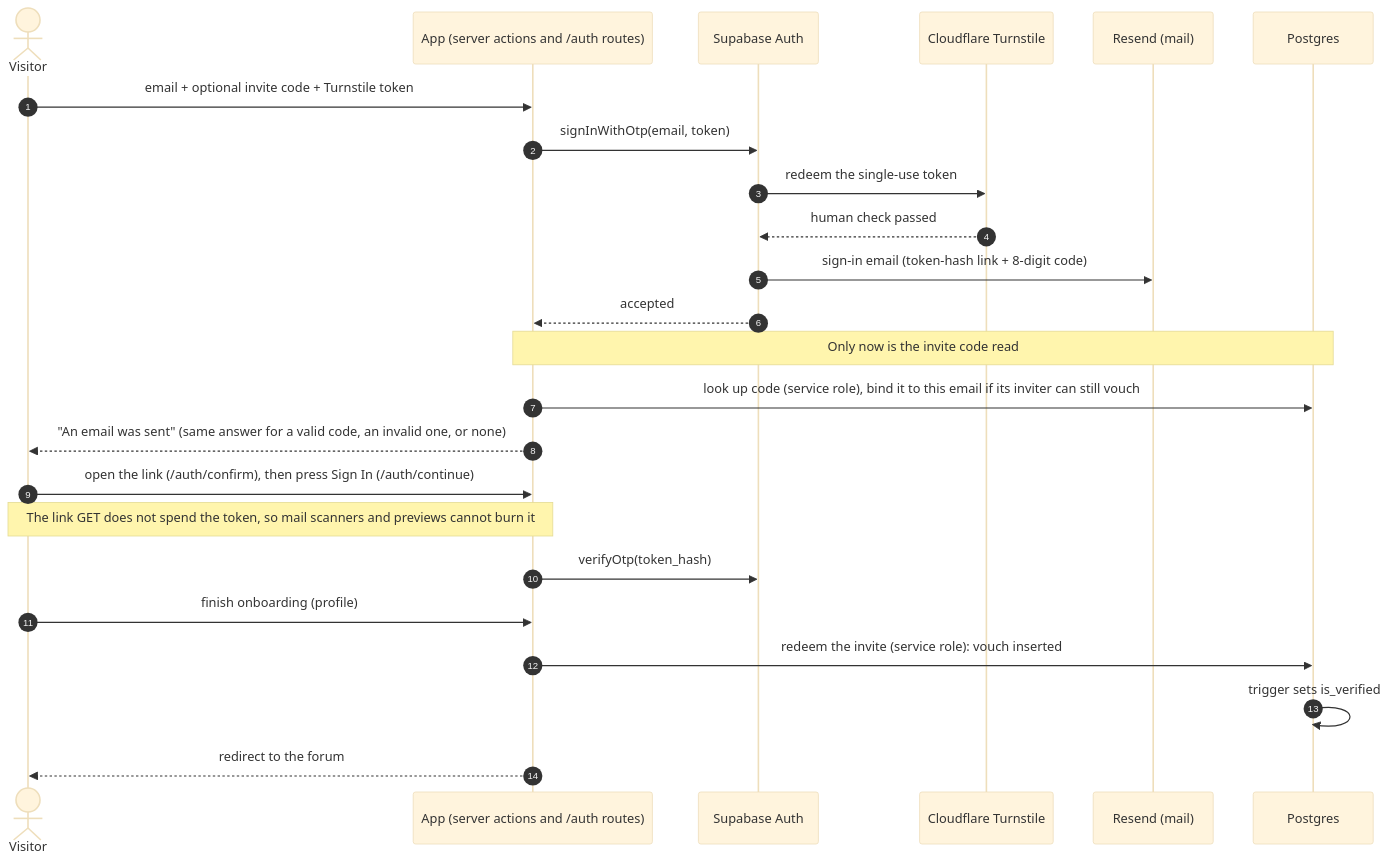
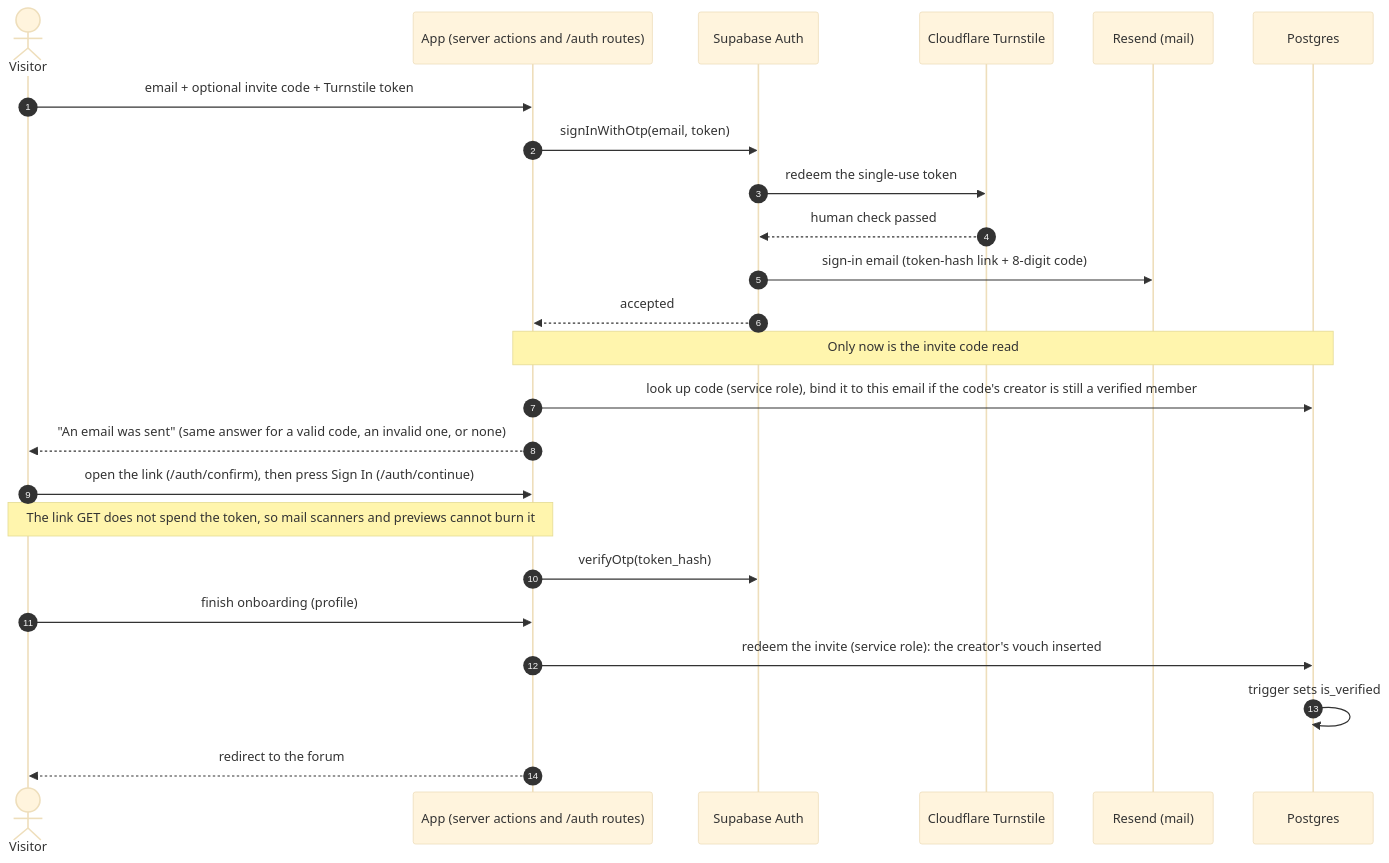
The second of 5 diagrams in docs/architecture.md (AIJSAI/on-the-lees-showcase), drawn with Mermaid (base theme) before and after one commit. The commit also changed other lines of this file and 2 other files, not shown here.

First line of the commit message:
docs: tighten the On the Lees showcase to the code after judge round 2

````diff
--- a/docs/architecture.md
+++ b/docs/architecture.md
@@ -39,27 +39,27 @@
 ```mermaid
 sequenceDiagram
     autonumber
     actor V as Visitor
     participant J as App (server actions and /auth routes)
     participant A as Supabase Auth
     participant T as Cloudflare Turnstile
     participant M as Resend (mail)
     participant DB as Postgres
 
     V->>J: email + optional invite code + Turnstile token
     J->>A: signInWithOtp(email, token)
     A->>T: redeem the single-use token
     T-->>A: human check passed
     A->>M: sign-in email (token-hash link + 8-digit code)
     A-->>J: accepted
     Note over J,DB: Only now is the invite code read
-    J->>DB: look up code (service role), bind it to this email if its inviter can still vouch
+    J->>DB: look up code (service role), bind it to this email if the code's creator is still a verified member
     J-->>V: "An email was sent" (same answer for a valid code, an invalid one, or none)
     V->>J: open the link (/auth/confirm), then press Sign In (/auth/continue)
     Note over V,J: The link GET does not spend the token, so mail scanners and previews cannot burn it
     J->>A: verifyOtp(token_hash)
     V->>J: finish onboarding (profile)
-    J->>DB: redeem the invite (service role): vouch inserted
+    J->>DB: redeem the invite (service role): the creator's vouch inserted
     DB->>DB: trigger sets is_verified
     J-->>V: redirect to the forum
 ```
````
